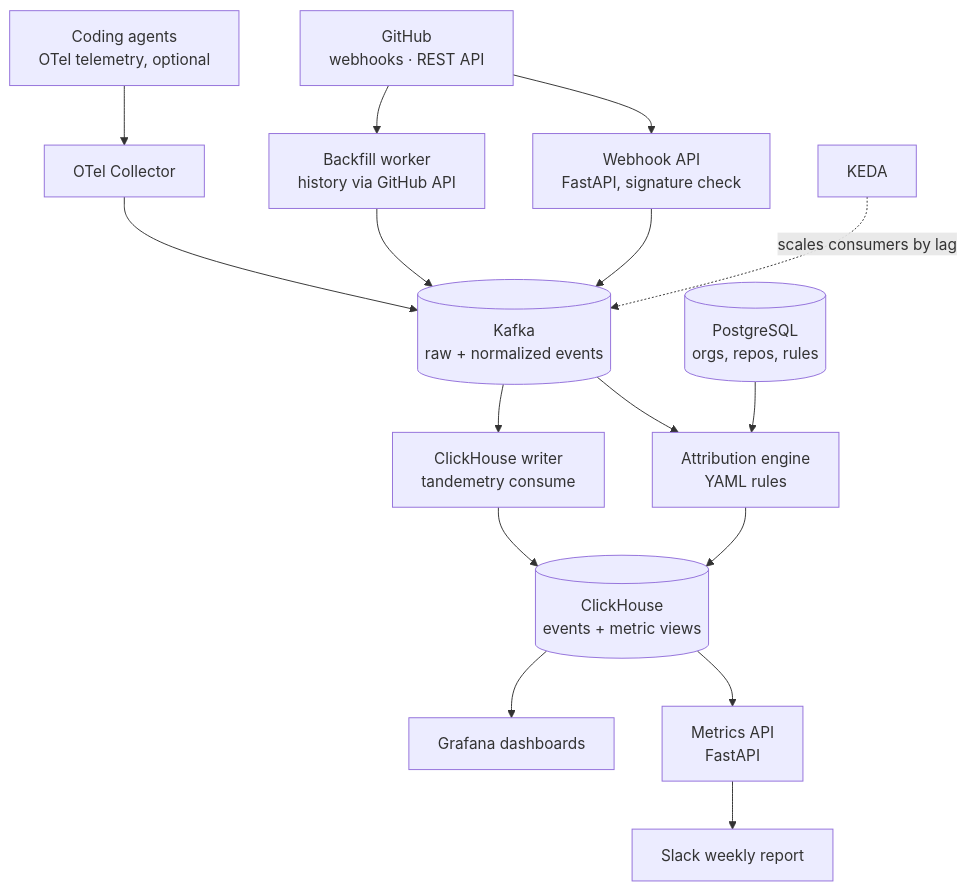
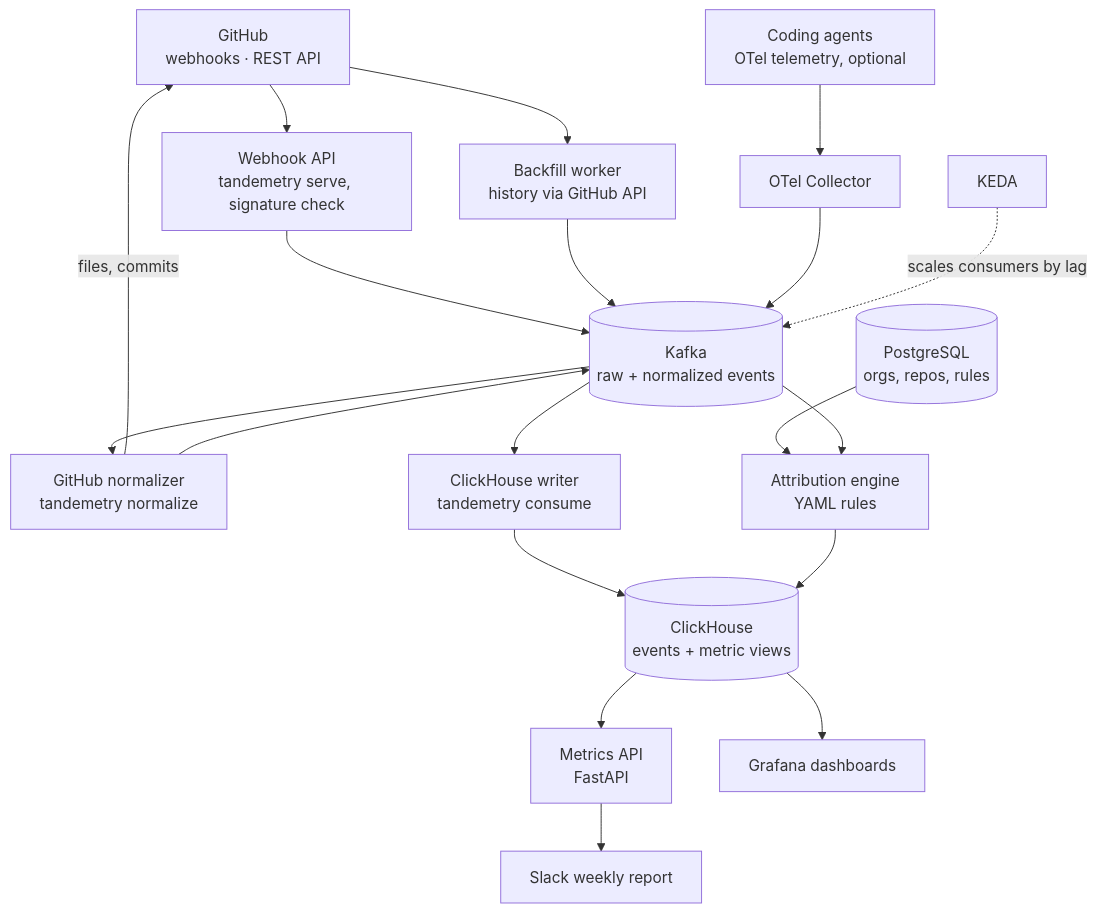
One commit to tandemetry/tandemetry changed the diagram in docs/architecture.md. Above: the diagram before and after it, drawn with Mermaid. The commit also changed other lines of this file and 47 other files, not shown here.

First line of the commit message:
feat: GitHub App webhook receiver and normalizer (#29)

````diff
--- a/docs/architecture.md
+++ b/docs/architecture.md
@@ -10,18 +11,21 @@
 ```mermaid
 flowchart TB
-  GH[GitHub<br/>webhooks · REST API] --> WH[Webhook API<br/>FastAPI, signature check]
+  GH[GitHub<br/>webhooks · REST API] --> WH[Webhook API<br/>tandemetry serve, signature check]
   GH --> BF[Backfill worker<br/>history via GitHub API]
   AG[Coding agents<br/>OTel telemetry, optional] --> OC[OTel Collector]
   WH --> K[(Kafka<br/>raw + normalized events)]
+  K --> NZ[GitHub normalizer<br/>tandemetry normalize]
+  NZ -- files, commits --> GH
+  NZ --> K
   BF --> K
   OC --> K
   PG[(PostgreSQL<br/>orgs, repos, rules)] --> AT[Attribution engine<br/>YAML rules]
   K --> AT
   K --> CW[ClickHouse writer<br/>tandemetry consume]
   CW --> CH[(ClickHouse<br/>events + metric views)]
   AT --> CH
   CH --> API[Metrics API<br/>FastAPI]
   CH --> GF[Grafana dashboards]
   API --> SL[Slack weekly report]
   KEDA[KEDA] -. scales consumers by lag .-> K
 ```
````
